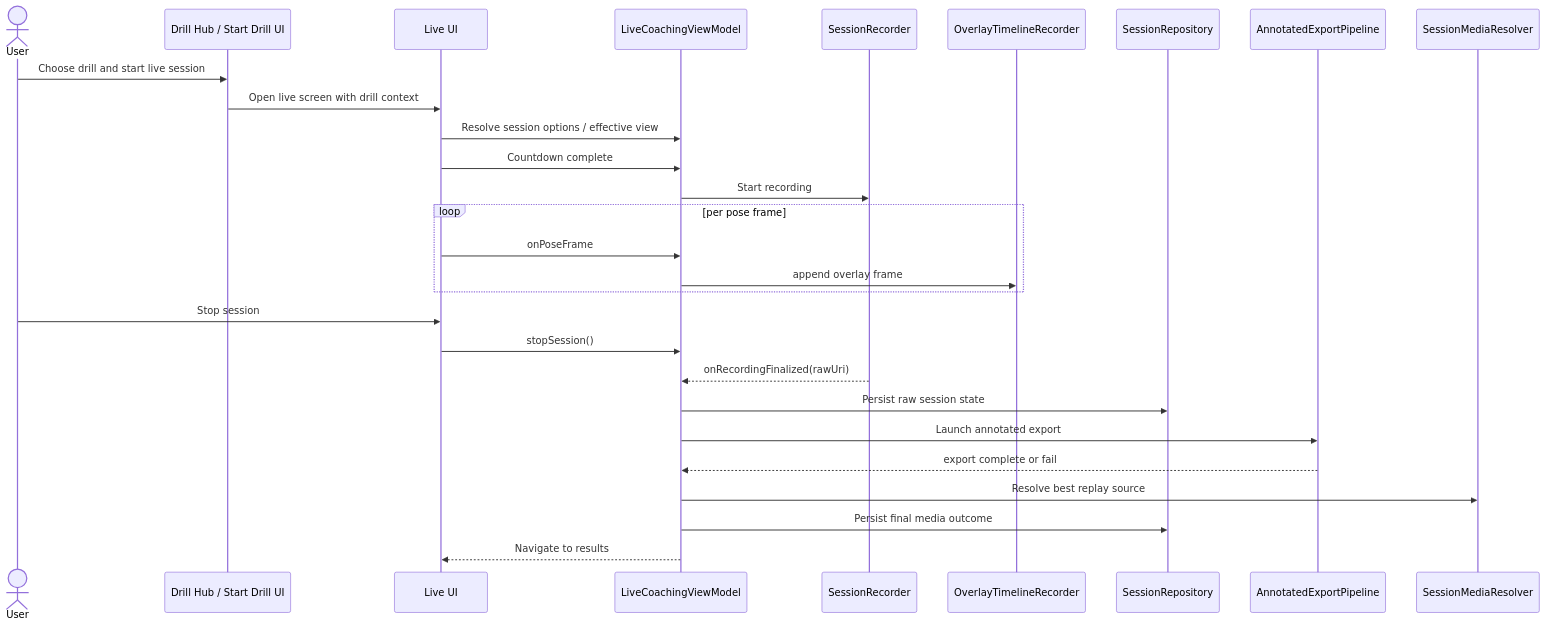
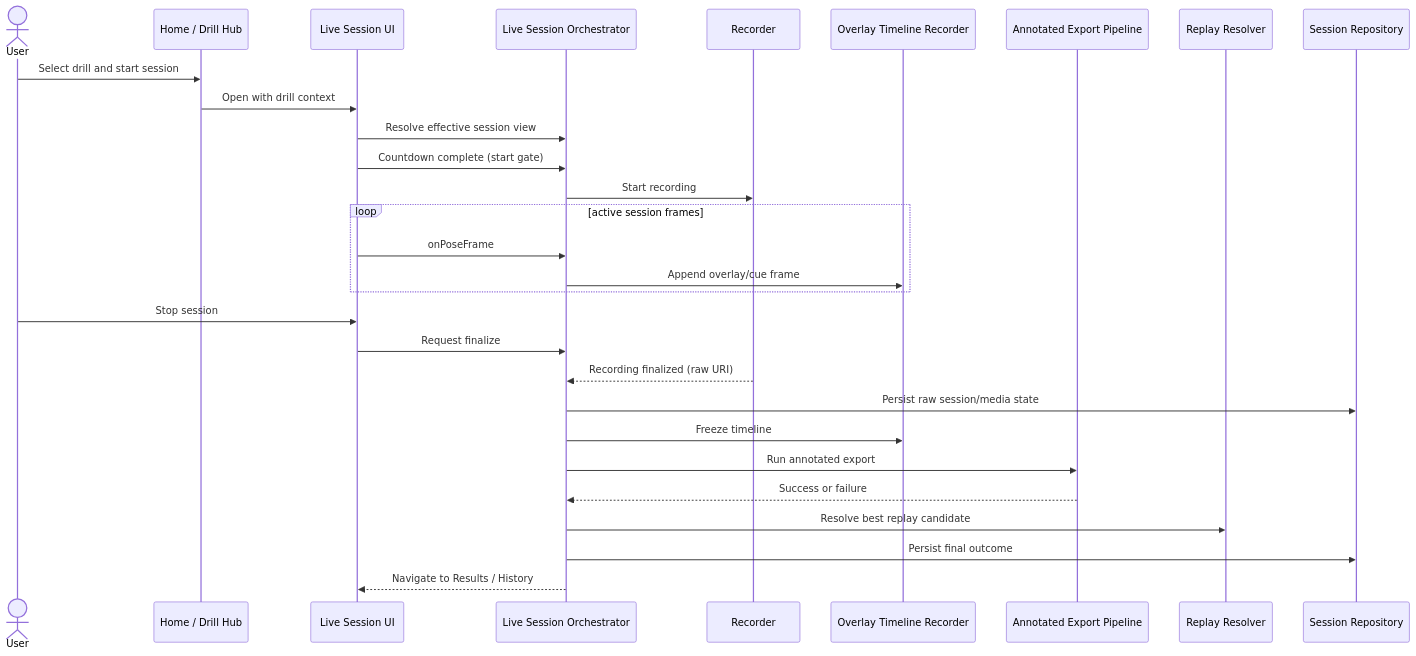
Before and after one commit to Voycepeh/CaliVision: the diagram in docs/diagrams/sequence-live-session.md, drawn with Mermaid. The commit also changed other lines of this file and 23 other files, not shown here.

Commit message:
docs: realign repo docs and diagrams with current drill-centric workflows

````diff
--- a/docs/diagrams/sequence-live-session.md
+++ b/docs/diagrams/sequence-live-session.md
@@ -3,31 +3,32 @@
 ```mermaid
 sequenceDiagram
     actor User
-    participant HUB as Drill Hub / Start Drill UI
-    participant UI as Live UI
-    participant VM as LiveCoachingViewModel
-    participant REC as SessionRecorder
-    participant OC as OverlayTimelineRecorder
-    participant REPO as SessionRepository
-    participant EXP as AnnotatedExportPipeline
-    participant RES as SessionMediaResolver
+    participant HUB as Home / Drill Hub
+    participant LIVEUI as Live Session UI
+    participant ORCH as Live Session Orchestrator
+    participant REC as Recorder
+    participant OVR as Overlay Timeline Recorder
+    participant EXP as Annotated Export Pipeline
+    participant RES as Replay Resolver
+    participant REPO as Session Repository
 
-    User->>HUB: Choose drill and start live session
-    HUB->>UI: Open live screen with drill context
-    UI->>VM: Resolve session options / effective view
-    UI->>VM: Countdown complete
-    VM->>REC: Start recording
-    loop per pose frame
-      UI->>VM: onPoseFrame
-      VM->>OC: append overlay frame
+    User->>HUB: Select drill and start session
+    HUB->>LIVEUI: Open with drill context
+    LIVEUI->>ORCH: Resolve effective session view
+    LIVEUI->>ORCH: Countdown complete (start gate)
+    ORCH->>REC: Start recording
+    loop active session frames
+      LIVEUI->>ORCH: onPoseFrame
+      ORCH->>OVR: Append overlay/cue frame
     end
-    User->>UI: Stop session
-    UI->>VM: stopSession()
-    REC-->>VM: onRecordingFinalized(rawUri)
-    VM->>REPO: Persist raw session state
-    VM->>EXP: Launch annotated export
-    EXP-->>VM: export complete or fail
-    VM->>RES: Resolve best replay source
-    VM->>REPO: Persist final media outcome
-    VM-->>UI: Navigate to results
+    User->>LIVEUI: Stop session
+    LIVEUI->>ORCH: Request finalize
+    REC-->>ORCH: Recording finalized (raw URI)
+    ORCH->>REPO: Persist raw session/media state
+    ORCH->>OVR: Freeze timeline
+    ORCH->>EXP: Run annotated export
+    EXP-->>ORCH: Success or failure
+    ORCH->>RES: Resolve best replay candidate
+    ORCH->>REPO: Persist final outcome
+    ORCH-->>LIVEUI: Navigate to Results / History
 ```
````
